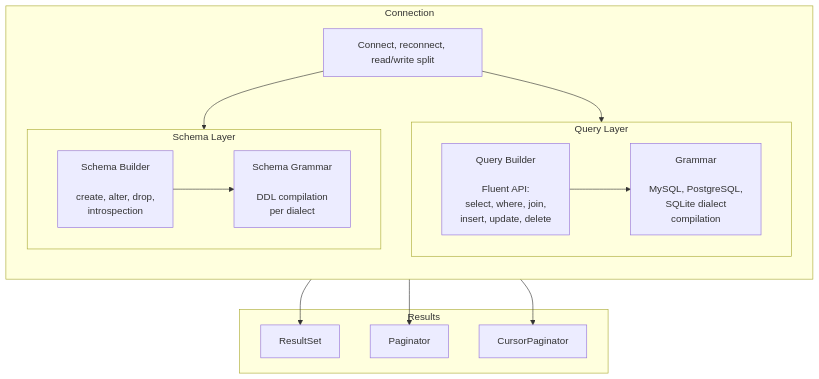
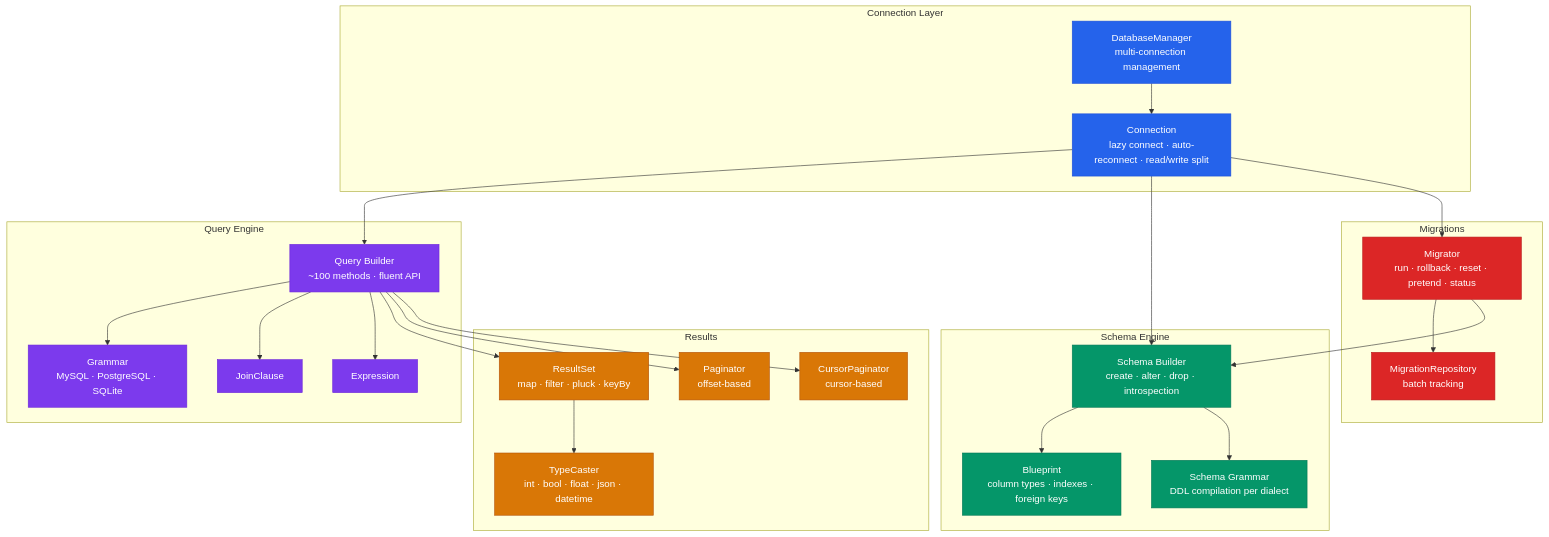
Before and after one commit to phpdot/database: the first of 4 diagrams in README.md, drawn with Mermaid. The commit also changed other lines of this file, not shown here.

Commit message:
Update README with Mermaid architecture diagrams

````diff
--- a/README.md
+++ b/README.md
@@ -33,31 +33,64 @@
 ```mermaid
 graph TD
-    subgraph Connection
-        direction TB
-        CONN[Connect, reconnect, read/write split]
-        subgraph Query Layer
-            direction LR
-            QB[Query Builder<br/><br/>Fluent API:<br/>select, where, join,<br/>insert, update, delete]
-            GR[Grammar<br/><br/>MySQL, PostgreSQL,<br/>SQLite dialect<br/>compilation]
-        end
-        subgraph Schema Layer
-            direction LR
-            SB[Schema Builder<br/><br/>create, alter, drop,<br/>introspection]
-            SG[Schema Grammar<br/><br/>DDL compilation<br/>per dialect]
-        end
-        QB --> GR
-        SB --> SG
-        CONN --> QB
-        CONN --> SB
+    subgraph Connection Layer
+        DM[DatabaseManager<br/>multi-connection management]
+        CONN[Connection<br/>lazy connect · auto-reconnect · read/write split]
+    end
+
+    subgraph Query Engine
+        QB[Query Builder<br/>~100 methods · fluent API]
+        GR[Grammar<br/>MySQL · PostgreSQL · SQLite]
+        JC[JoinClause]
+        EX[Expression]
+    end
+
+    subgraph Schema Engine
+        SB[Schema Builder<br/>create · alter · drop · introspection]
+        BP[Blueprint<br/>column types · indexes · foreign keys]
+        SG[Schema Grammar<br/>DDL compilation per dialect]
     end
 
     subgraph Results
-        RS[ResultSet]
-        PG[Paginator]
-        CP[CursorPaginator]
+        RS[ResultSet<br/>map · filter · pluck · keyBy]
+        PG[Paginator<br/>offset-based]
+        CP[CursorPaginator<br/>cursor-based]
+        TC[TypeCaster<br/>int · bool · float · json · datetime]
     end
 
+    subgraph Migrations
+        MG[Migrator<br/>run · rollback · reset · pretend · status]
+        MR[MigrationRepository<br/>batch tracking]
+    end
+
+    DM --> CONN
+    CONN --> QB
+    CONN --> SB
+    CONN --> MG
+    QB --> GR
+    QB --> JC
+    QB --> EX
+    SB --> BP
+    SB --> SG
     QB --> RS
     QB --> PG
     QB --> CP
+    RS --> TC
+    MG --> MR
+    MG --> SB
+
+    style CONN fill:#2563eb,stroke:#1d4ed8,color:#fff
+    style DM fill:#2563eb,stroke:#1d4ed8,color:#fff
+    style QB fill:#7c3aed,stroke:#6d28d9,color:#fff
+    style GR fill:#7c3aed,stroke:#6d28d9,color:#fff
+    style JC fill:#7c3aed,stroke:#6d28d9,color:#fff
+    style EX fill:#7c3aed,stroke:#6d28d9,color:#fff
+    style SB fill:#059669,stroke:#047857,color:#fff
+    style BP fill:#059669,stroke:#047857,color:#fff
+    style SG fill:#059669,stroke:#047857,color:#fff
+    style RS fill:#d97706,stroke:#b45309,color:#fff
+    style PG fill:#d97706,stroke:#b45309,color:#fff
+    style CP fill:#d97706,stroke:#b45309,color:#fff
+    style TC fill:#d97706,stroke:#b45309,color:#fff
+    style MG fill:#dc2626,stroke:#b91c1c,color:#fff
+    style MR fill:#dc2626,stroke:#b91c1c,color:#fff
 ```
````
